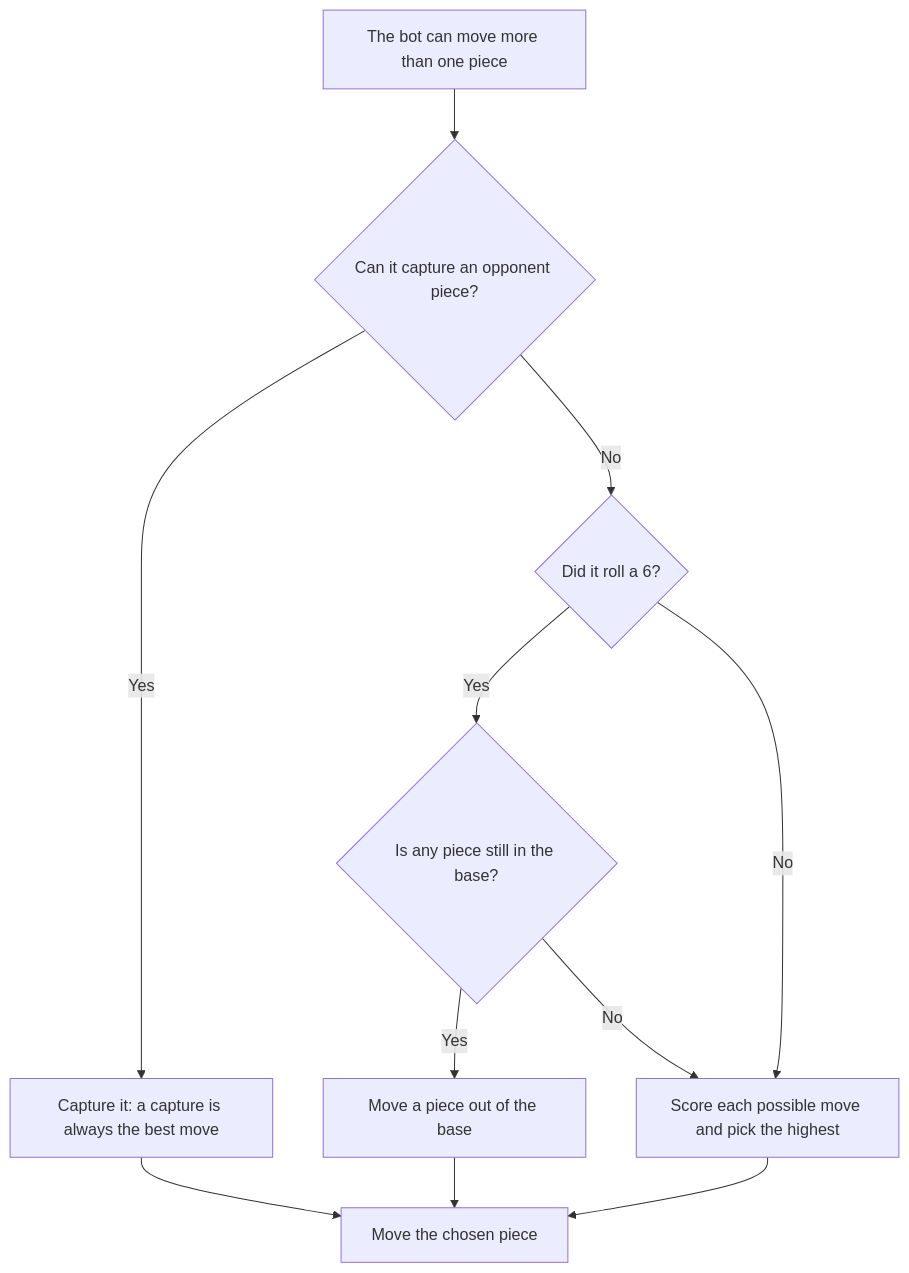
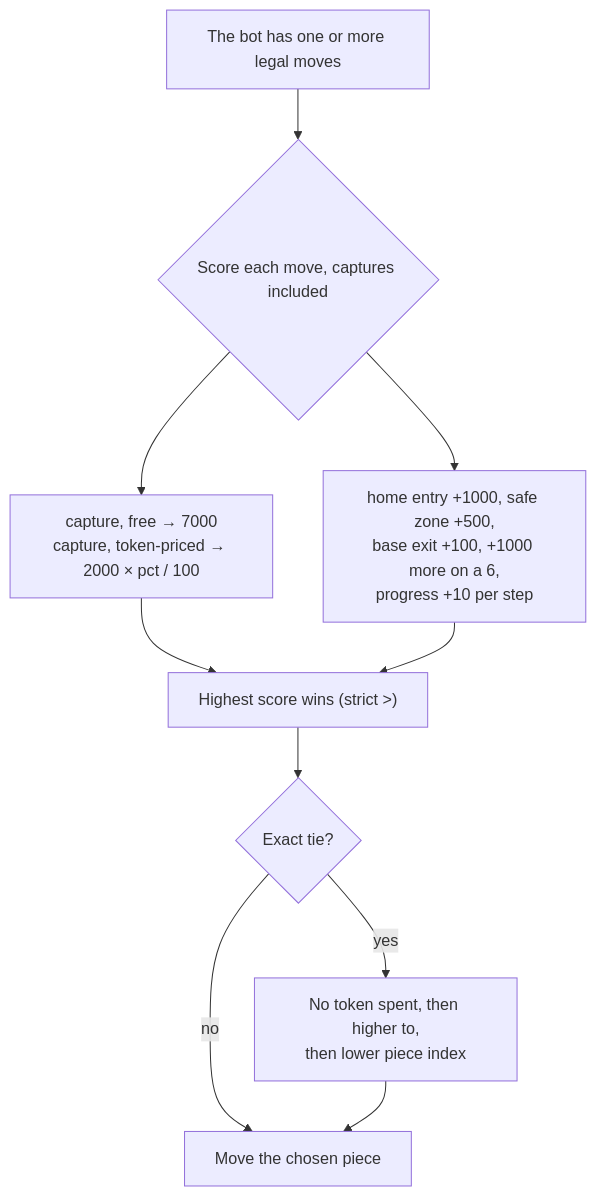
Before and after one commit to IrmaJoKerr/ft_transcendence-ludo: the second of 3 diagrams in docs/ludo-engine/ludo-engine-bot-module.md, drawn with Mermaid. The commit also changed other lines of this file and 10 other files, not shown here.

Commit message:
feat(bot): a Wall Breaker token is priced by a rolled per-seat appetite, and the bot never passes a turn it can play. Docs: updated to match.

````diff
--- a/docs/ludo-engine/ludo-engine-bot-module.md
+++ b/docs/ludo-engine/ludo-engine-bot-module.md
@@ -164,13 +179,12 @@
 ```mermaid
 flowchart TD
-    A["The bot can move more than one piece"] --> B{"Can it capture an opponent piece?"}
-    B -- "Yes" --> C["Capture it: a capture is always the best move"]
-    B -- "No" --> D{"Did it roll a 6?"}
-    D -- "Yes" --> E{"Is any piece still in the base?"}
-    E -- "Yes" --> F["Move a piece out of the base"]
-    E -- "No" --> G["Score each possible move and pick the highest"]
-    D -- "No" --> G
-    C --> H["Move the chosen piece"]
-    F --> H
+    A["The bot has one or more legal moves"] --> B{"Score each move, captures included"}
+    B --> C["capture, free → 7000<br/>capture, token-priced → 2000 × pct / 100"]
+    B --> D["home entry +1000, safe zone +500,<br/>base exit +100, +1000 more on a 6,<br/>progress +10 per step"]
+    C --> E["Highest score wins (strict >)"]
+    D --> E
+    E --> F{"Exact tie?"}
+    F -- "yes" --> G["No token spent, then higher to,<br/>then lower piece index"]
+    F -- "no" --> H["Move the chosen piece"]
     G --> H
 ```
````
